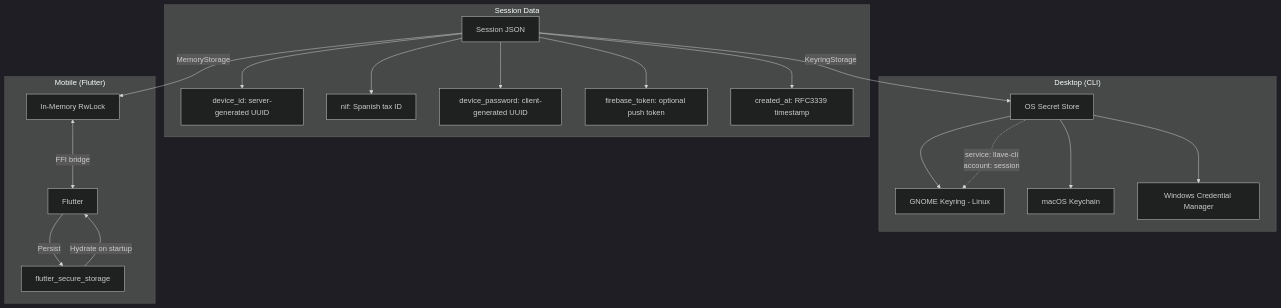
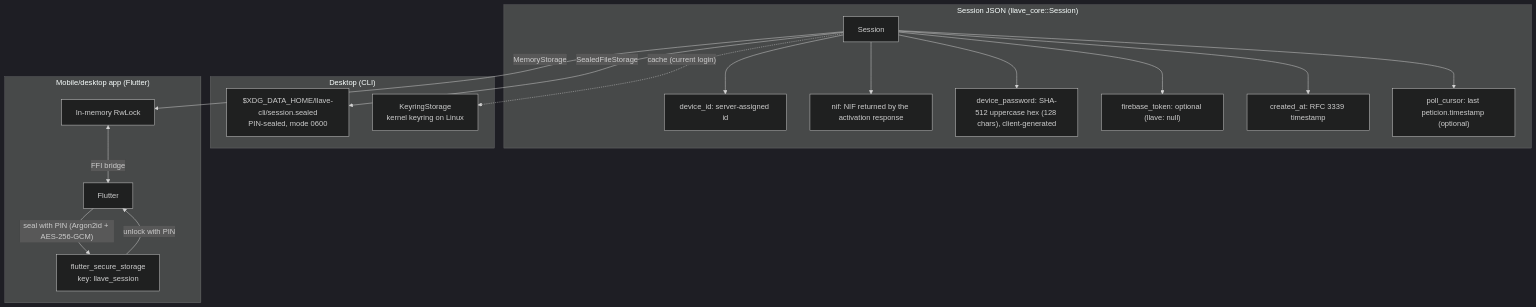
The diagram in book/src/implementation-guide/session-persistence.md (gabela-io/llave), drawn with Mermaid (dark theme) before and after one commit. The commit also changed other lines of this file and 27 other files, not shown here.

````diff
--- a/book/src/implementation-guide/session-persistence.md
+++ b/book/src/implementation-guide/session-persistence.md
@@ -7,26 +7,24 @@
 ```mermaid
 graph TD
-    subgraph "Session Data"
-        S[Session JSON]
-        S --> D[device_id: server-generated UUID]
-        S --> N[nif: Spanish tax ID]
-        S --> P[device_password: client-generated UUID]
-        S --> F[firebase_token: optional push token]
-        S --> C[created_at: RFC3339 timestamp]
+    subgraph "Session JSON (llave_core::Session)"
+        S[Session]
+        S --> D["device_id: server-assigned id"]
+        S --> N["nif: NIF returned by the activation response"]
+        S --> P["device_password: SHA-512 uppercase hex (128 chars), client-generated"]
+        S --> F["firebase_token: optional (llave: null)"]
+        S --> C["created_at: RFC 3339 timestamp"]
+        S --> T["poll_cursor: last peticion.timestamp (optional)"]
     end
 
     subgraph "Desktop (CLI)"
-        S -->|KeyringStorage| K[OS Secret Store]
-        K --> K1[GNOME Keyring - Linux]
-        K --> K2[macOS Keychain]
-        K --> K3[Windows Credential Manager]
-        K -.->|"service: llave-cli<br/>account: session"| K1
+        S -->|SealedFileStorage| SF["$XDG_DATA_HOME/llave-cli/session.sealed<br/>PIN-sealed, mode 0600"]
+        S -.->|"cache (current login)"| K["KeyringStorage<br/>kernel keyring on Linux"]
     end
 
-    subgraph "Mobile (Flutter)"
-        S -->|MemoryStorage| M[In-Memory RwLock]
+    subgraph "Mobile/desktop app (Flutter)"
+        S -->|MemoryStorage| M[In-memory RwLock]
         M <-->|"FFI bridge"| FL[Flutter]
-        FL -->|Persist| FS[flutter_secure_storage]
-        FS -->|Hydrate on startup| FL
+        FL -->|"seal with PIN (Argon2id + AES-256-GCM)"| FS["flutter_secure_storage<br/>key: llave_session"]
+        FS -->|"unlock with PIN"| FL
     end
 ```
````
